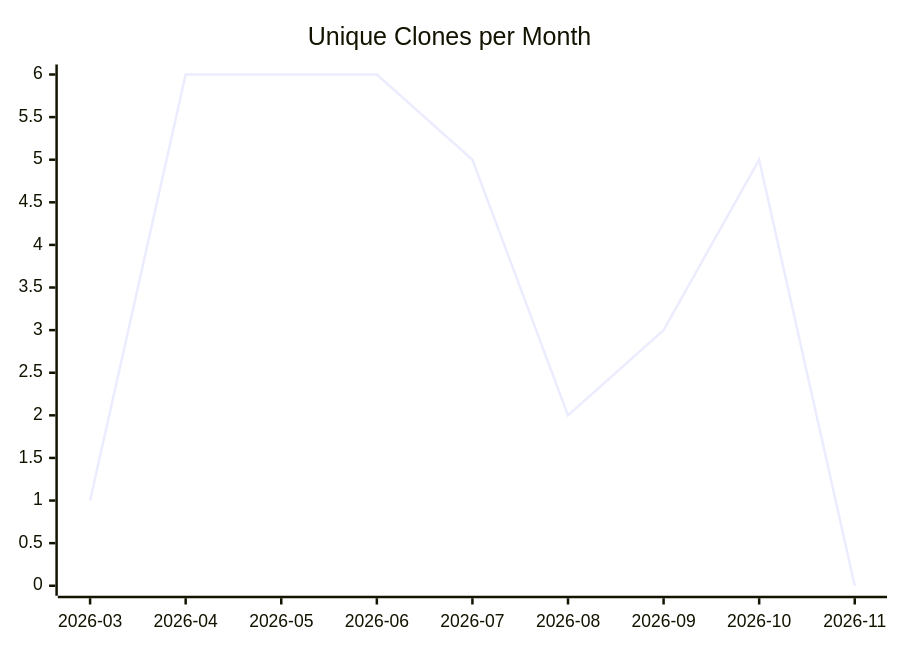
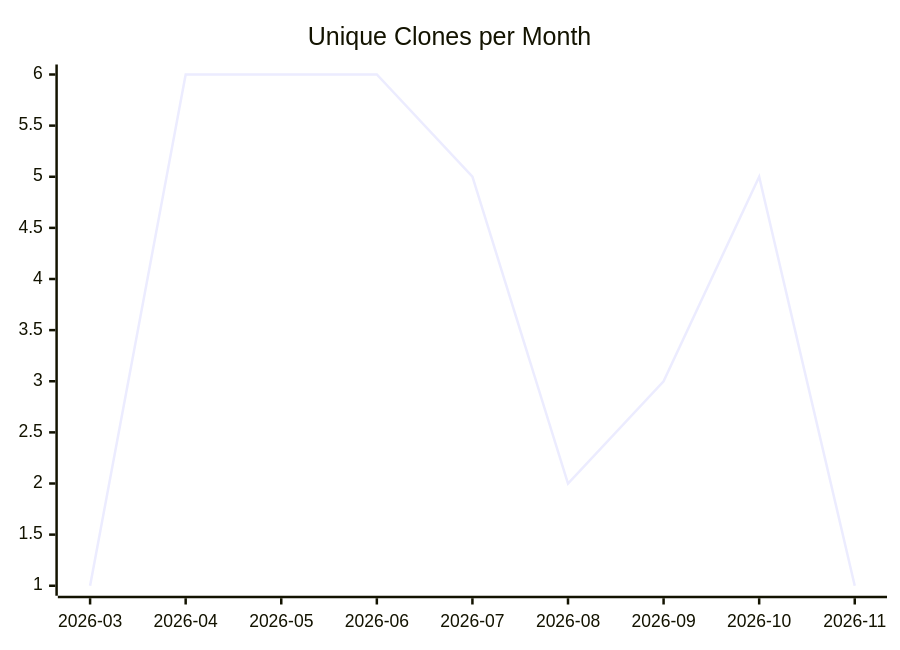
One commit to justdavis-family/github-analytics-data changed the third of 3 diagrams in karlmdavis/hapi-fhir-jpaserver-starter/README.md. Above: the diagram before and after it, drawn with Mermaid. The commit also changed other lines of this file and 194 other files, not shown here.

````diff
--- a/karlmdavis/hapi-fhir-jpaserver-starter/README.md
+++ b/karlmdavis/hapi-fhir-jpaserver-starter/README.md
@@ -19,6 +19,6 @@
 ```mermaid
 xychart-beta
   title "Unique Clones per Month"
   x-axis ["2026-03", "2026-04", "2026-05", "2026-06", "2026-07", "2026-08", "2026-09", "2026-10", "2026-11"]
-  line [1, 6, 6, 6, 5, 2, 3, 5, 0]
+  line [1, 6, 6, 6, 5, 2, 3, 5, 1]
 ```
````
